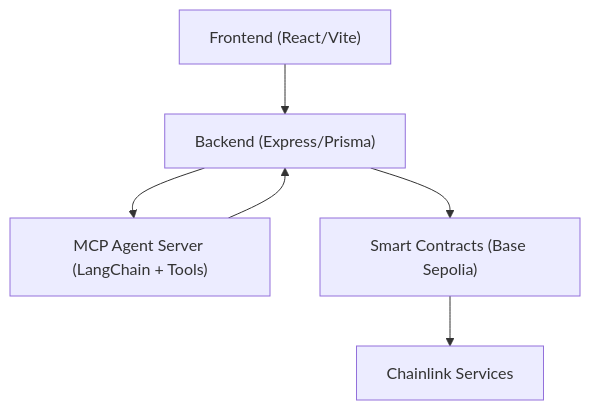
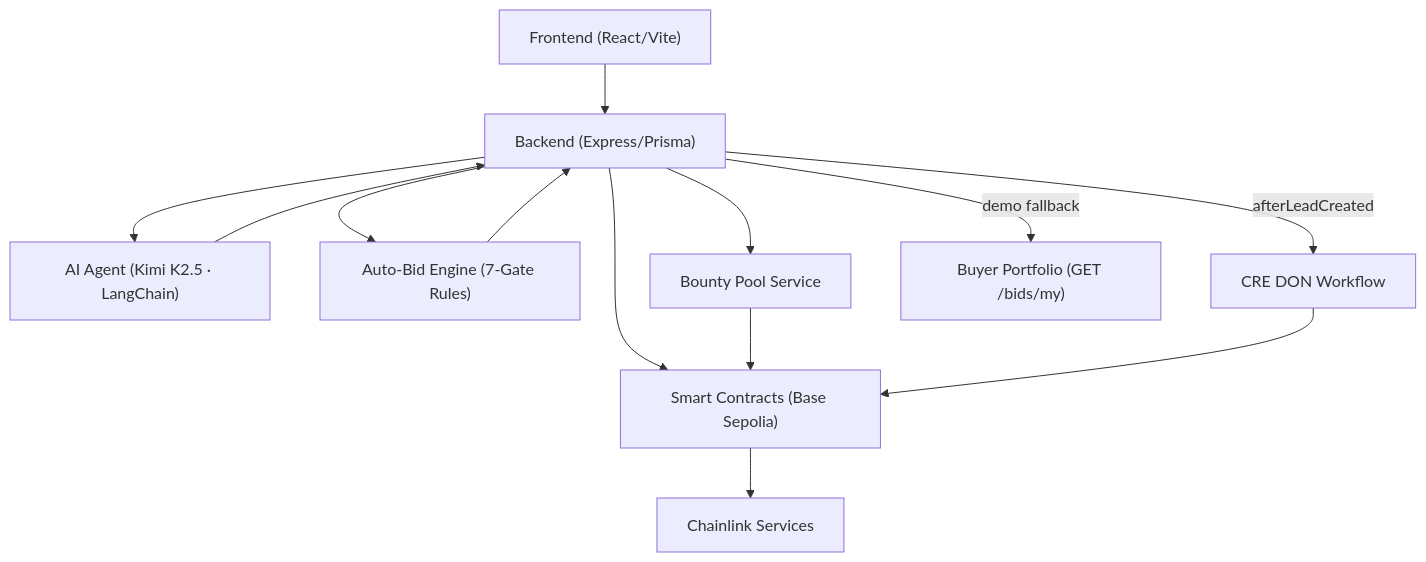
Before and after one commit to bnmbnmai/lead-engine-cre: the second of 2 diagrams in README.md, drawn with Mermaid. The commit also changed other lines of this file and 2 other files, not shown here.

Commit message:
polish: agent model badge, system prompt autonomy distinction, README architecture
Agent Chat UI:
- Renamed 'Agent Chat' to 'LEAD Engine AI'
- Permanent 'Kimi K2.5  LangChain' badge (always visible, not conditional)
- '12 MCP tools' label
- Removed unused agentMode state + setAgentMode call

System Prompt (agent.service.ts):
- Identifies as Kimi K2.5 via LangChain ReAct
- Tool count corrected from 10 to 12
- New 'YOUR ROLE vs AUTO-BID ENGINE' section distinguishing
  LLM-autonomous agent from deterministic 7-gate auto-bid engine

README:
- Agent description distinguishes LLM-autonomous from rule-based
- Architecture diagram expanded: AI Agent, Auto-Bid Engine,
  Bounty Pool Service, CRE DON Workflow, Portfolio fallback
- Tech stack line updated: Kimi K2.5 + LangChain + 12 tools
- Portfolio fallback documented in Buyer Persona section

````diff
--- a/README.md
+++ b/README.md
@@ -171,8 +172,15 @@
 ```mermaid
 graph TD
     Frontend["Frontend (React/Vite)"] --> Backend["Backend (Express/Prisma)"]
-    Backend --> MCP["MCP Agent Server (LangChain + Tools)"]
+    Backend --> MCP["AI Agent (Kimi K2.5 · LangChain)"]
+    Backend --> AutoBid["Auto-Bid Engine (7-Gate Rules)"]
+    Backend --> Bounty["Bounty Pool Service"]
     Backend --> Contracts["Smart Contracts (Base Sepolia)"]
     Contracts --> Chainlink["Chainlink Services"]
     MCP --> Backend
+    AutoBid --> Backend
+    Bounty --> Contracts
+    Backend -->|afterLeadCreated| CRE["CRE DON Workflow"]
+    CRE --> Contracts
+    Backend -->|demo fallback| Portfolio["Buyer Portfolio (GET /bids/my)"]
 ```
````
